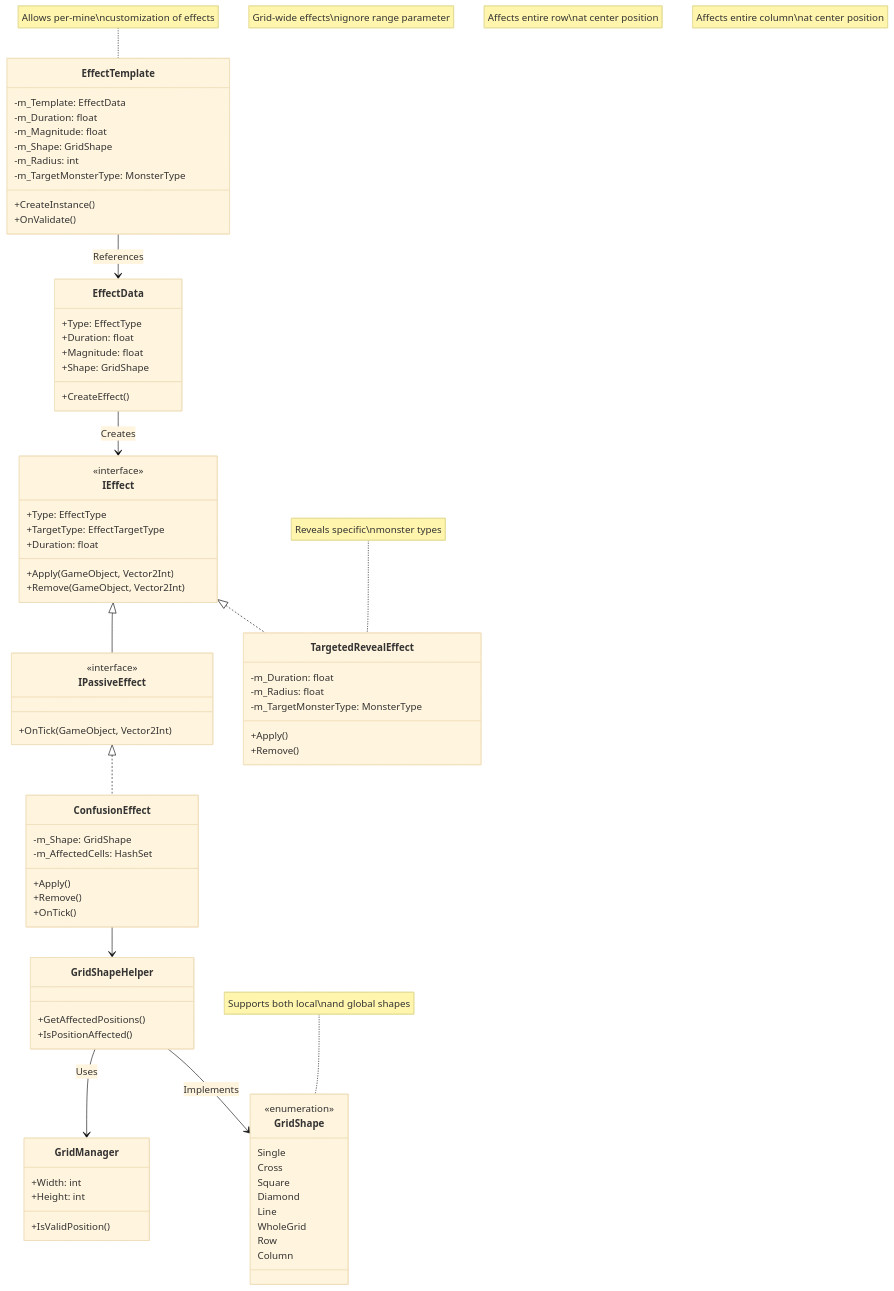
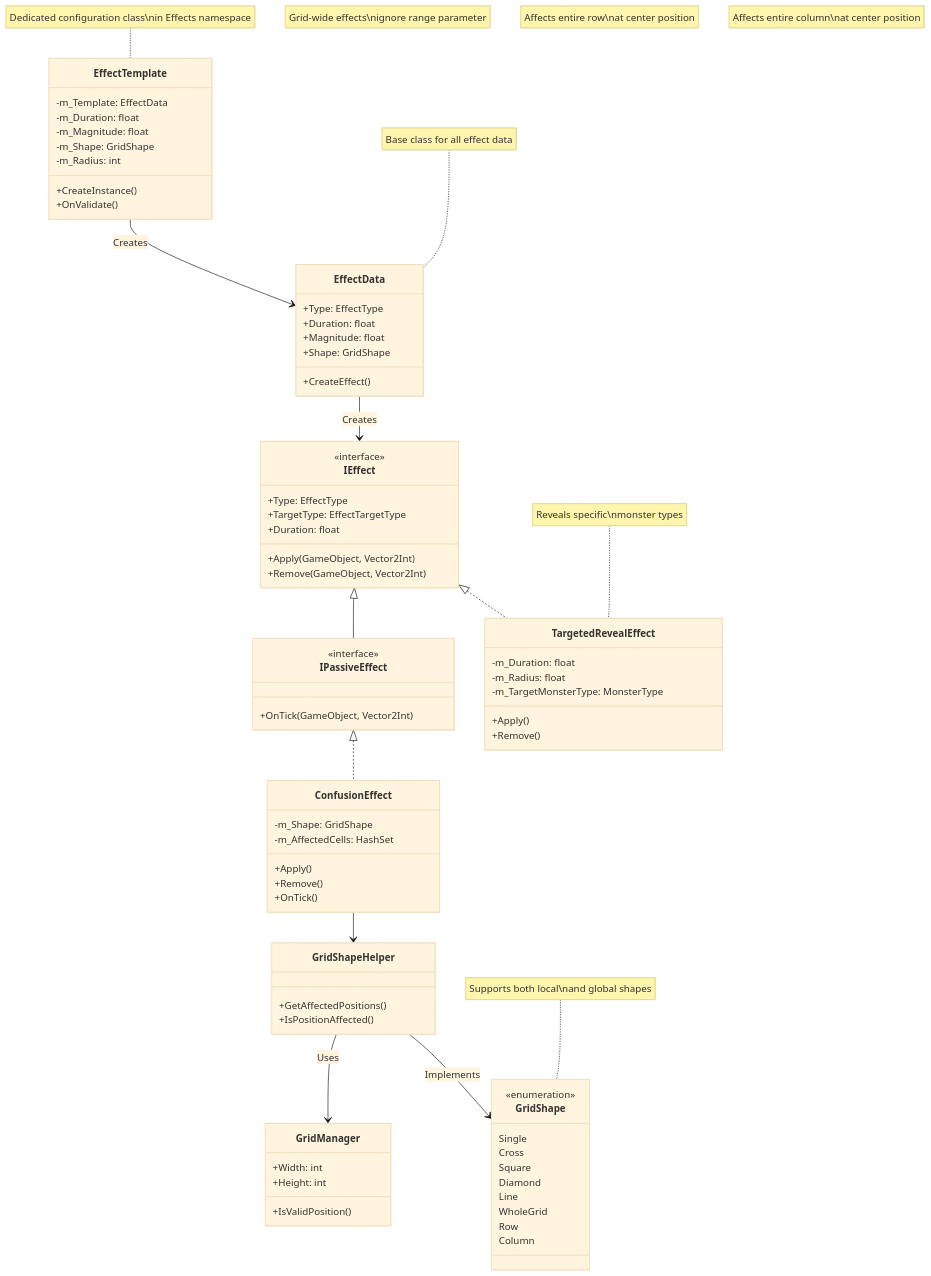
Before and after one commit to Coelancanth/RPGSweeper: the first of 2 diagrams in Assets/Docs/Architecture.md, drawn with Mermaid (base theme). The commit also changed other lines of this file and 11 other files, not shown here.

First line of the commit message:
refactor: Extract EffectTemplate to separate file

````diff
--- a/Assets/Docs/Architecture.md
+++ b/Assets/Docs/Architecture.md
@@ -2,80 +2,80 @@
 ```mermaid
 classDiagram
 class IEffect {
 <<interface>>
 +Type: EffectType
 +TargetType: EffectTargetType
 +Duration: float
 +Apply(GameObject, Vector2Int)
 +Remove(GameObject, Vector2Int)
 }
 class IPassiveEffect {
 <<interface>>
 +OnTick(GameObject, Vector2Int)
 }
 class EffectTemplate {
 -m_Template: EffectData
 -m_Duration: float
 -m_Magnitude: float
 -m_Shape: GridShape
 -m_Radius: int
--m_TargetMonsterType: MonsterType
 +CreateInstance()
 +OnValidate()
 }
 class EffectData {
 +Type: EffectType
 +Duration: float
 +Magnitude: float
 +Shape: GridShape
 +CreateEffect()
 }
 class GridShape {
 <<enumeration>>
 Single
 Cross
 Square
 Diamond
 Line
 WholeGrid
 Row
 Column
 }
 class GridShapeHelper {
 +GetAffectedPositions()
 +IsPositionAffected()
 }
 class GridManager {
 +Width: int
 +Height: int
 +IsValidPosition()
 }
 class TargetedRevealEffect {
 -m_Duration: float
 -m_Radius: float
 -m_TargetMonsterType: MonsterType
 +Apply()
 +Remove()
 }
 class ConfusionEffect {
 -m_Shape: GridShape
 -m_AffectedCells: HashSet
 +Apply()
 +Remove()
 +OnTick()
 }
 IEffect <|-- IPassiveEffect
 IPassiveEffect <|.. ConfusionEffect
 IEffect <|.. TargetedRevealEffect
 ConfusionEffect --> GridShapeHelper
-EffectTemplate --> EffectData : References
+EffectTemplate --> EffectData : Creates
 EffectData --> IEffect : Creates
 GridShapeHelper --> GridManager : Uses
 GridShapeHelper --> GridShape : Implements
-note for EffectTemplate "Allows per-mine\ncustomization of effects"
+note for EffectTemplate "Dedicated configuration class\nin Effects namespace"
+note for EffectData "Base class for all effect data"
 note for TargetedRevealEffect "Reveals specific\nmonster types"
 note for GridShape "Supports both local\nand global shapes"
 note for WholeGrid "Grid-wide effects\nignore range parameter"
 note for Row "Affects entire row\nat center position"
 note for Column "Affects entire column\nat center position"
-``` 
+```
````
